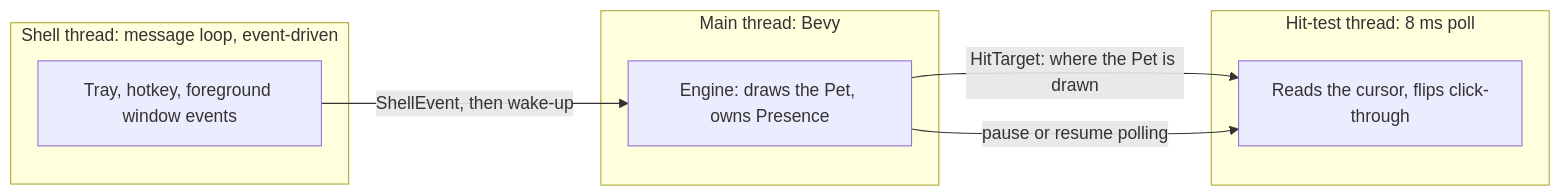
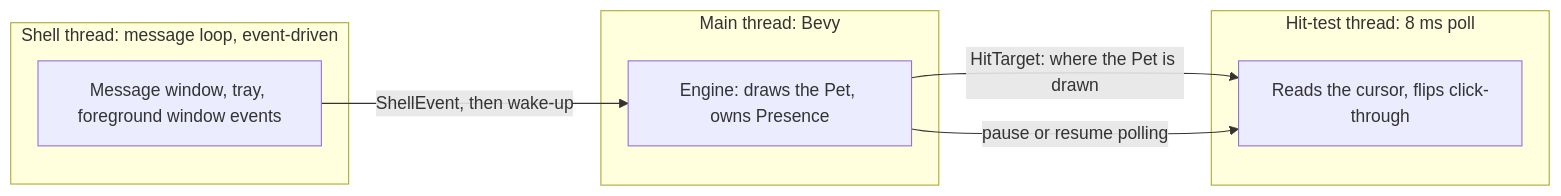
One commit to IFlynnI/Desktopet changed the second of 2 diagrams in docs/proposals/item-2-architecture.md. Above: the diagram before and after it, drawn with Mermaid. The commit also changed other lines of this file and 10 other files, not shown here.

````diff
--- a/docs/proposals/item-2-architecture.md
+++ b/docs/proposals/item-2-architecture.md
@@ -58,15 +58,15 @@
 ```mermaid
 flowchart LR
     subgraph main_thread["Main thread: Bevy"]
         E["Engine: draws the Pet, owns Presence"]
     end
     subgraph hit_thread["Hit-test thread: 8 ms poll"]
         H["Reads the cursor, flips click-through"]
     end
     subgraph shell_thread["Shell thread: message loop, event-driven"]
-        S["Tray, hotkey, foreground window events"]
+        S["Message window, tray, foreground window events"]
     end
     E -- "HitTarget: where the Pet is drawn" --> H
     E -- "pause or resume polling" --> H
     S -- "ShellEvent, then wake-up" --> E
 ```
````
